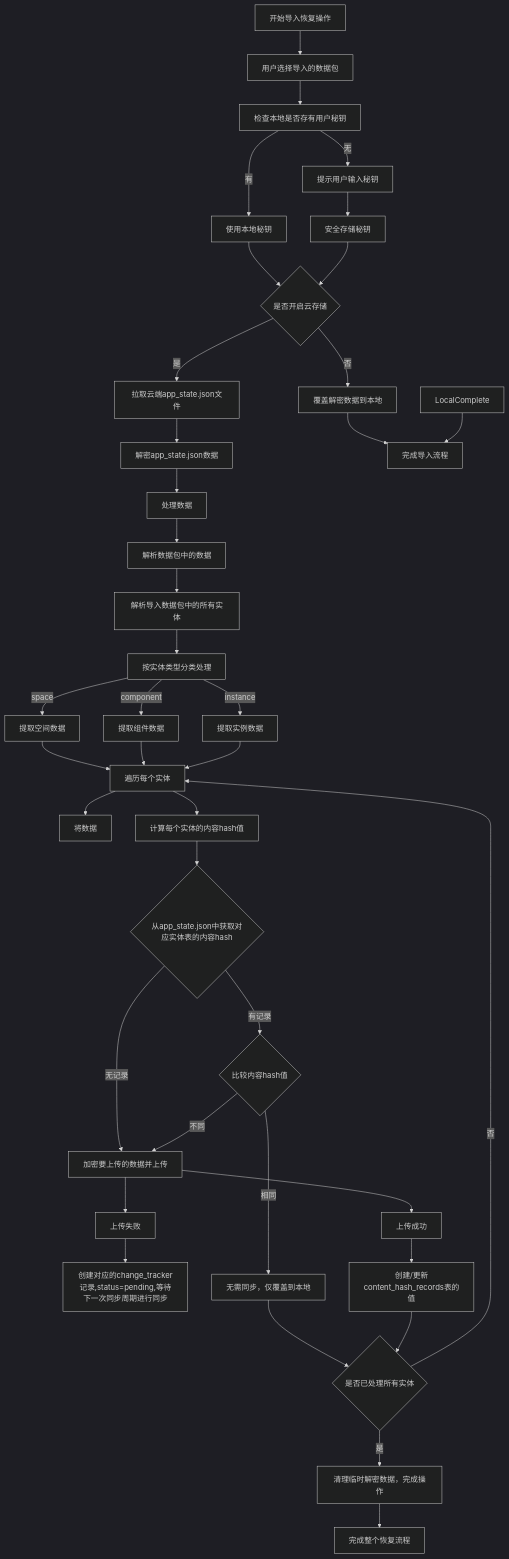
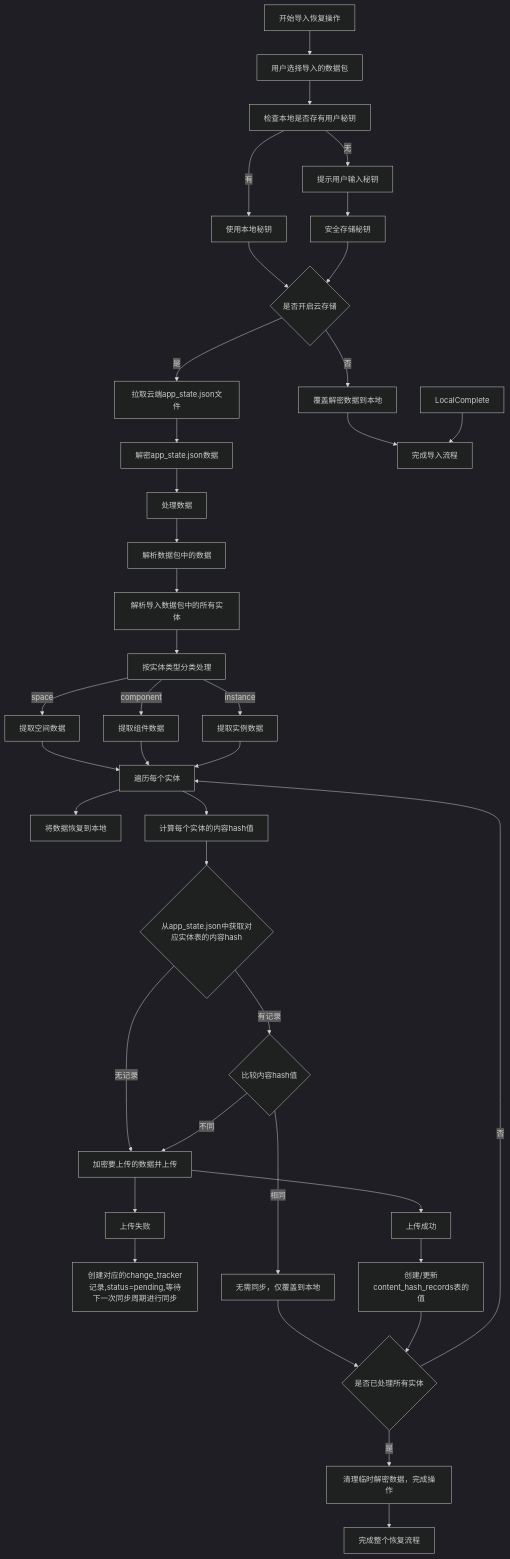
The diagram in all/未命名-47.md (yingjianzh/iodraw-files), drawn with Mermaid (dark theme) before and after one commit.

Commit message:
2025-04-29 15:05:26 update

````diff
--- a/all/未命名-47.md
+++ b/all/未命名-47.md
@@ -1,57 +1,58 @@
 ```mermaid
 flowchart TD
     A[开始导入恢复操作] --> B[用户选择导入的数据包]
     B --> B1[检查本地是否存有用户秘钥]
     
     B1 -->|有| B3[使用本地秘钥]
     B1 -->|无| B4[提示用户输入秘钥]
 
     B4 --> B8[安全存储秘钥]
     B3 --> Check{是否开启云存储}
 
     B8 --> Check
     Check --> |否| LocalOnly[覆盖解密数据到本地]
     
     Check --> |是| Download[拉取云端app_state.json文件]
     Download --> AppState[解密app_state.json数据]
 
     LocalOnly --> Complete[完成导入流程]
     AppState --> Process[处理数据]
 
     Process --> C[解析数据包中的数据]
     
     C --> D[解析导入数据包中的所有实体]
     D --> G[按实体类型分类处理]
     
     G -->|space| H1[提取空间数据]
     G -->|component| H2[提取组件数据]
     G -->|instance| H3[提取实例数据]
     
     H1 --> I[遍历每个实体]
     H2 --> I
     H3 --> I
     
-    I --> Save[将数据]
+    I --> Save[将数据恢复到本地]
+    
     I --> CalcHash[计算每个实体的内容hash值]
     CalcHash --> L{从app_state.json中获取对应实体表的内容hash}
     
     L -->|无记录| M1[加密要上传的数据并上传]
     M1 --> N1[上传成功]
     M1 --> N2[上传失败]
     
     N2 --> N3[创建对应的change_tracker记录,status=pending,等待下一次同步周期进行同步]
     N1 --> M4[创建/更新content_hash_records表的值]
     LocalComplete --> Complete
 
     L -->|有记录| M2{比较内容hash值}
     M2 -->|相同| M3[无需同步，仅覆盖到本地]
     M2 -->|不同| M1
     
     M3 --> S{是否已处理所有实体}
     M4 --> S
 
     S -->|否| I
     S -->|是| U[清理临时解密数据，完成操作]
 
     U --> V[完成整个恢复流程]
 ```
````
